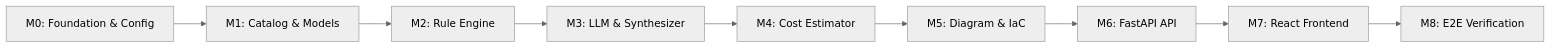
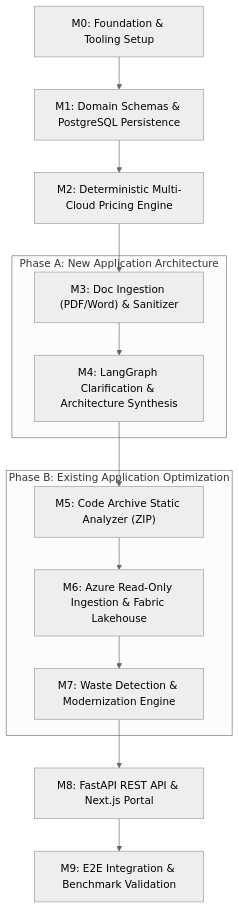
Before and after one commit to pratik-bingewar-bizmetric/cloud-recommender-poc: the diagram in docs/IMPLEMENTATION_ROADMAP.md, drawn with Mermaid (neutral theme). The commit also changed other lines of this file and 13 other files, not shown here.

Commit message:
docs: establish full repository foundation for Phase A, Phase B, LangGraph, and Fabric

````diff
--- a/docs/IMPLEMENTATION_ROADMAP.md
+++ b/docs/IMPLEMENTATION_ROADMAP.md
@@ -25,11 +25,19 @@
 ```mermaid
-flowchart LR
-    M0["M0: Foundation & Config"] --> M1["M1: Catalog & Models"]
-    M1 --> M2["M2: Rule Engine"]
-    M2 --> M3["M3: LLM & Synthesizer"]
-    M3 --> M4["M4: Cost Estimator"]
-    M4 --> M5["M5: Diagram & IaC"]
-    M5 --> M6["M6: FastAPI API"]
-    M6 --> M7["M7: React Frontend"]
-    M7 --> M8["M8: E2E Verification"]
+flowchart TD
+    M0["M0: Foundation & Tooling Setup"] --> M1["M1: Domain Schemas & PostgreSQL Persistence"]
+    M1 --> M2["M2: Deterministic Multi-Cloud Pricing Engine"]
+    
+    subgraph PhaseAMilestones ["Phase A: New Application Architecture"]
+        M3["M3: Doc Ingestion (PDF/Word) & Sanitizer"] --> M4["M4: LangGraph Clarification & Architecture Synthesis"]
+    end
+    
+    subgraph PhaseBMilestones ["Phase B: Existing Application Optimization"]
+        M5["M5: Code Archive Static Analyzer (ZIP)"] --> M6["M6: Azure Read-Only Ingestion & Fabric Lakehouse"]
+        M6 --> M7["M7: Waste Detection & Modernization Engine"]
+    end
+    
+    M2 --> M3
+    M4 --> M5
+    M7 --> M8["M8: FastAPI REST API & Next.js Portal"]
+    M8 --> M9["M9: E2E Integration & Benchmark Validation"]
 ```
````
